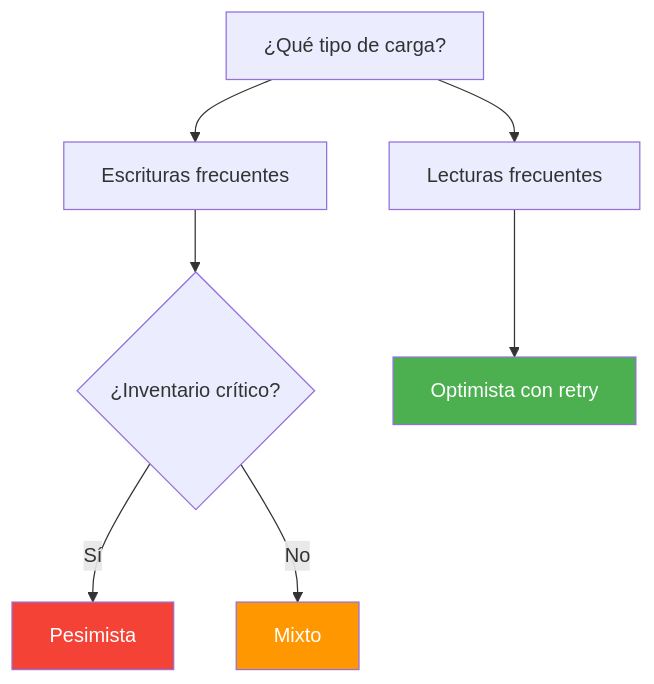
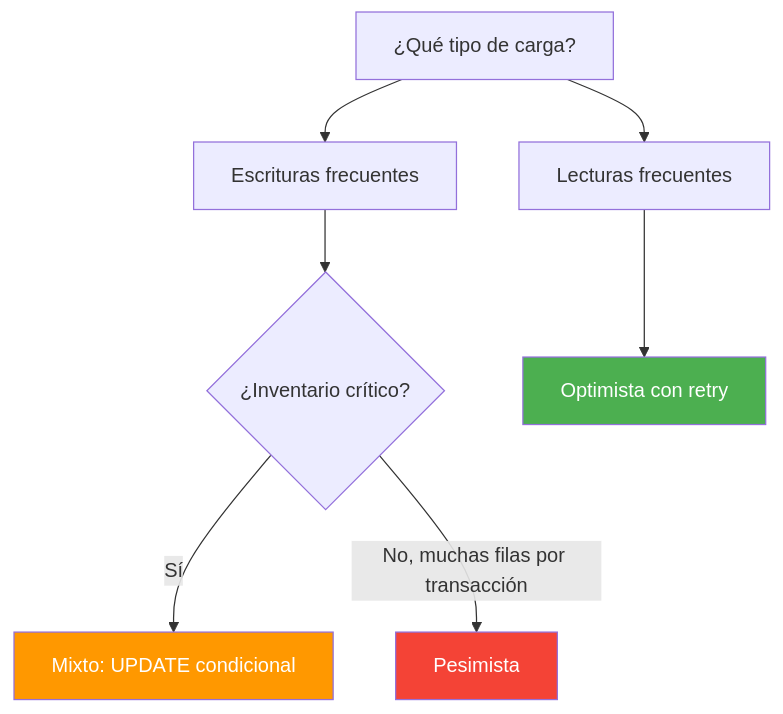
The seventh of 8 diagrams in 15-transacciones-identificadores.md (joseluisgs/DesarrolloWebEntornosServidor-02-2026-2027), drawn with Mermaid before and after one commit. The commit also changed other lines of this file and 2 other files, not shown here.

````diff
--- a/15-transacciones-identificadores.md
+++ b/15-transacciones-identificadores.md
@@ -337,12 +484,12 @@
 ```mermaid
 flowchart TD
     A["¿Qué tipo de carga?"] --> B["Escrituras frecuentes"]
     A --> C["Lecturas frecuentes"]
     B --> D{"¿Inventario crítico?"}
-    D -->|Sí| E["Pesimista"]
-    D -->|No| F["Mixto"]
+    D -->|Sí| F["Mixto: UPDATE condicional"]
+    D -->|No, muchas filas por transacción| E["Pesimista"]
     C --> G["Optimista con retry"]
     style E fill:#F44336,color:#fff
     style F fill:#FF9800,color:#fff
     style G fill:#4CAF50,color:#fff
 ```
````
